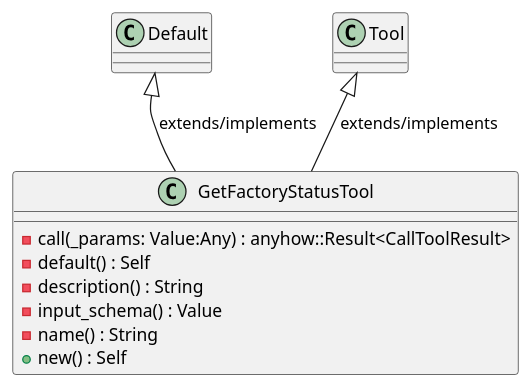
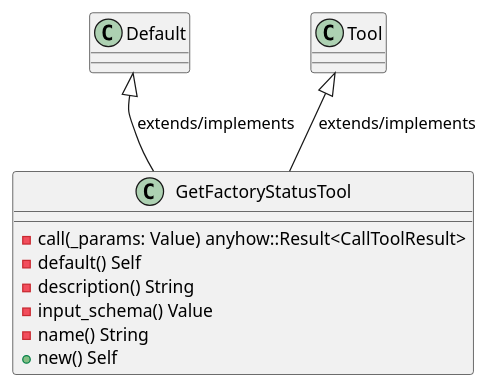
The first of 6 diagrams in openwiki/crates_factory_mcp_server_src_tools_get_factory_status.md (lgcorzo/rust_CACD_autonomous_factory), drawn with PlantUML before and after one commit. The commit also changed other lines of this file and 97 other files, not shown here.

First line of the commit message:
Fix Rust AST parsing for method and function parameters, and update OKF UML frontmatter

````diff
--- a/openwiki/crates_factory_mcp_server_src_tools_get_factory_status.md
+++ b/openwiki/crates_factory_mcp_server_src_tools_get_factory_status.md
@@ -75,15 +80,15 @@
 ```plantuml
 @startuml
 class GetFactoryStatusTool {
-    -call(_params: Value:Any) : anyhow::Result<CallToolResult>
-    -default() : Self
-    -description() : String
-    -input_schema() : Value
-    -name() : String
-    +new() : Self
+    -call(_params: Value) anyhow::Result<CallToolResult>
+    -default() Self
+    -description() String
+    -input_schema() Value
+    -name() String
+    +new() Self
 }
 Default <|-- GetFactoryStatusTool : extends/implements
 Tool <|-- GetFactoryStatusTool : extends/implements
 @enduml
 
 ```
````
